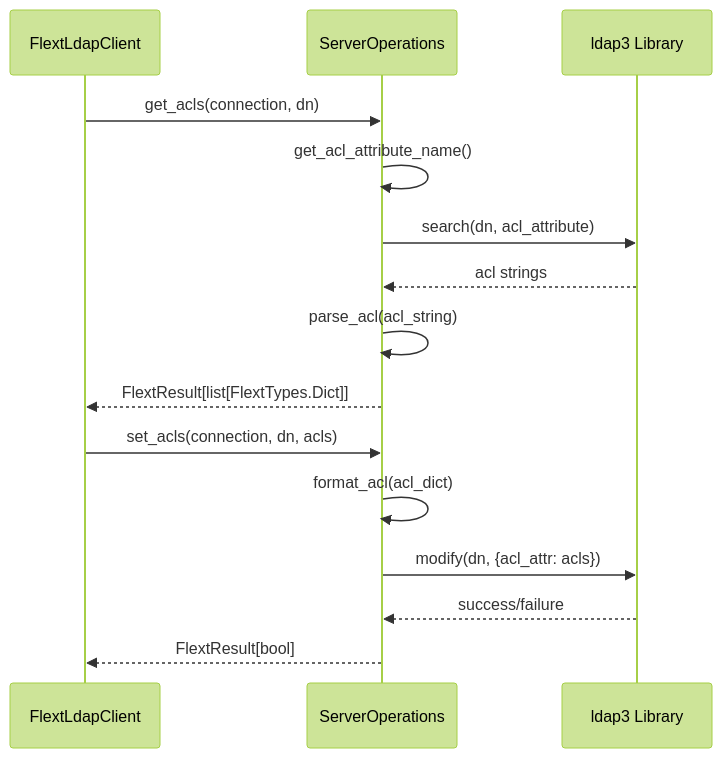
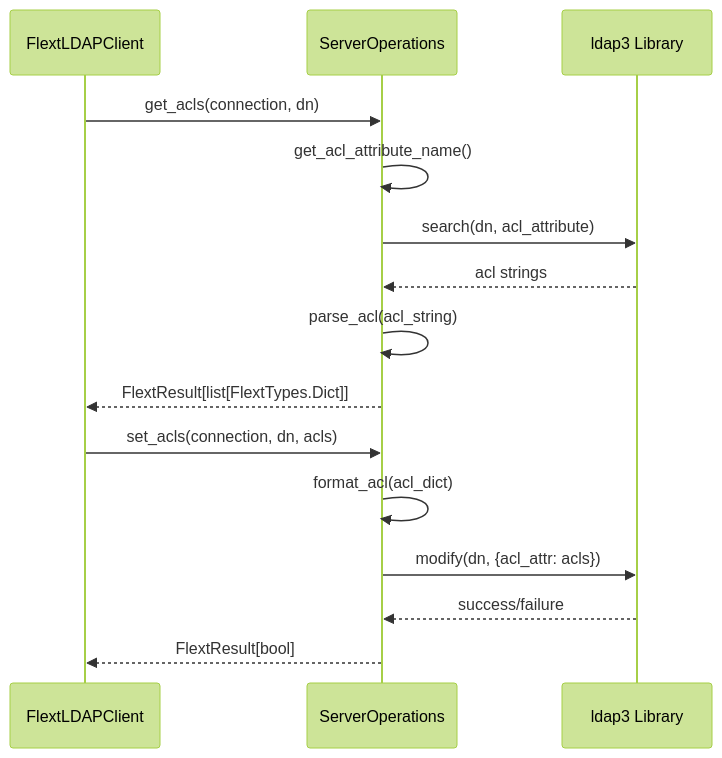
The third of 3 diagrams in docs/architecture.md (flext-sh/flext-ldap), drawn with Mermaid (forest theme) before and after one commit. The commit also changed other lines of this file and 141 other files, not shown here.

````diff
--- a/docs/architecture.md
+++ b/docs/architecture.md
@@ -297,19 +297,19 @@
 ```mermaid
 sequenceDiagram
-    participant Client as FlextLdapClient
+    participant Client as FlextLDAPClient
     participant Ops as ServerOperations
     participant ldap3 as ldap3 Library
 
     Client->>Ops: get_acls(connection, dn)
     Ops->>Ops: get_acl_attribute_name()
     Ops->>ldap3: search(dn, acl_attribute)
     ldap3-->>Ops: acl strings
     Ops->>Ops: parse_acl(acl_string)
     Ops-->>Client: FlextResult[list[FlextTypes.Dict]]
 
     Client->>Ops: set_acls(connection, dn, acls)
     Ops->>Ops: format_acl(acl_dict)
     Ops->>ldap3: modify(dn, {acl_attr: acls})
     ldap3-->>Ops: success/failure
     Ops-->>Client: FlextResult[bool]
 ```
````
